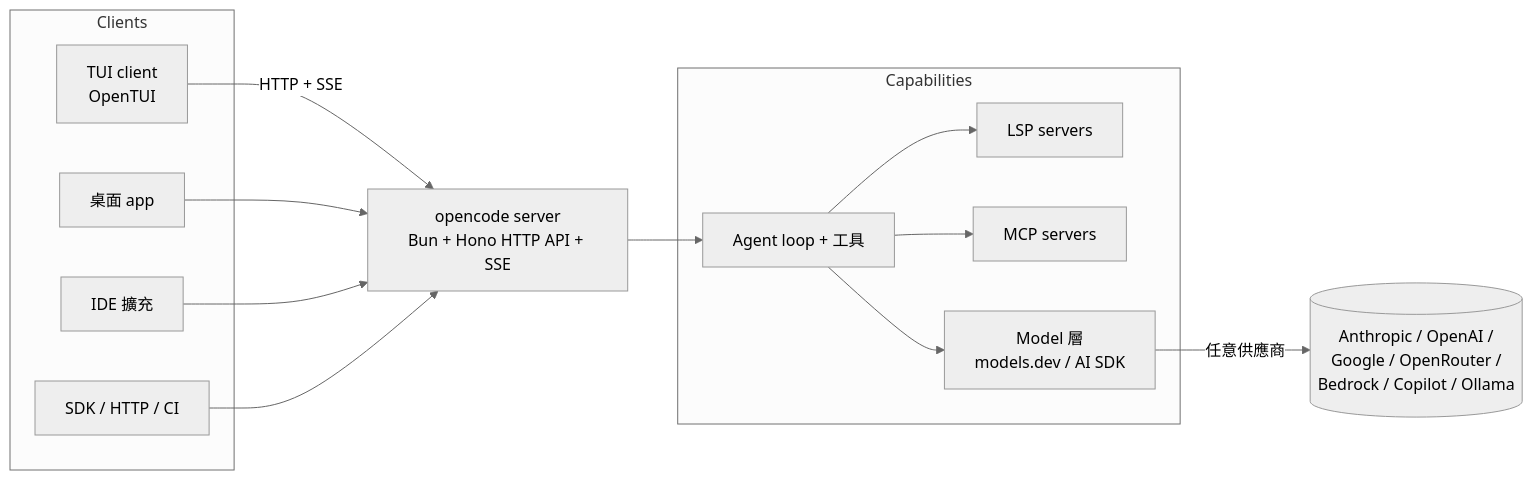
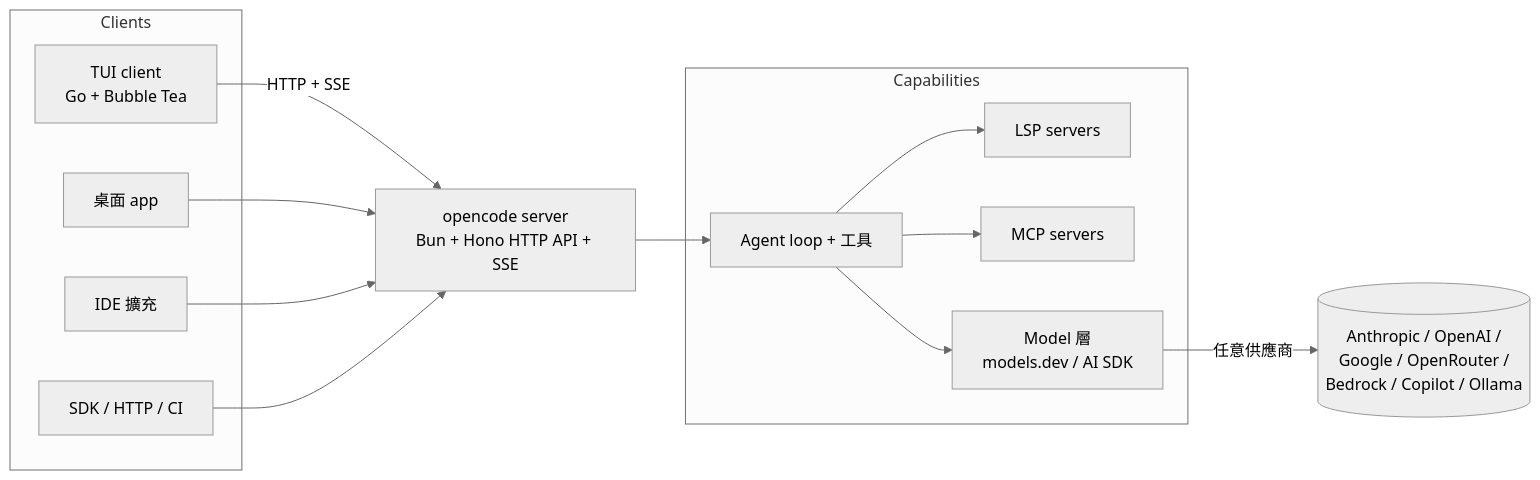
One commit to cysu01/reading_list changed the diagram in ai/opencode-TW.md. Above: the diagram before and after it, drawn with Mermaid (neutral theme). The commit also changed other lines of this file and 1 other file, not shown here.

First line of the commit message:
Correct OpenCode TUI lineage and refine details (EN/TW)

````diff
--- a/ai/opencode-TW.md
+++ b/ai/opencode-TW.md
@@ -35,25 +35,25 @@
 ```mermaid
 flowchart LR
     subgraph Clients
-        TUI[TUI client<br/>OpenTUI]
+        TUI[TUI client<br/>Go + Bubble Tea]
         DESK[桌面 app]
         IDE[IDE 擴充]
         SDK[SDK / HTTP / CI]
     end
     SRV[opencode server<br/>Bun + Hono HTTP API + SSE]
     subgraph Capabilities
         LOOP[Agent loop + 工具]
         LSP[LSP servers]
         MCP[MCP servers]
         PROV[Model 層<br/>models.dev / AI SDK]
     end
     TUI -->|HTTP + SSE| SRV
     DESK --> SRV
     IDE --> SRV
     SDK --> SRV
     SRV --> LOOP
     LOOP --> LSP
     LOOP --> MCP
     LOOP --> PROV
     PROV -->|任意供應商| EXT[(Anthropic / OpenAI /<br/>Google / OpenRouter /<br/>Bedrock / Copilot / Ollama)]
 ```
````
